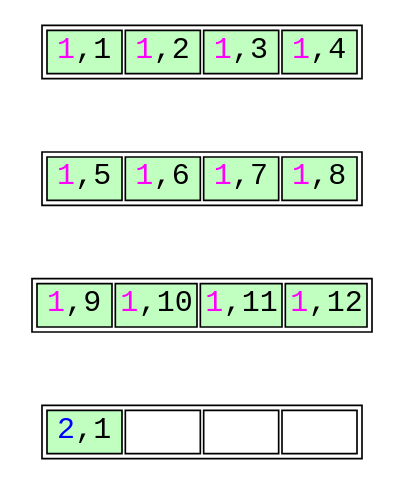
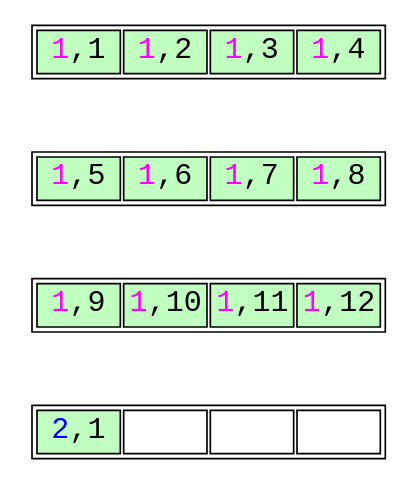
The diagram in optimized-leaf-page-split-3.dot (petergeoghegan/pg_query_internals), drawn with Graphviz before and after one commit. The commit also changed 6 other files, not shown here.

```diff
--- a/optimized-leaf-page-split-3.dot
+++ b/optimized-leaf-page-split-3.dot
@@ -1,64 +1,64 @@
 // Example B-Tree graph
 //
 // Breadth-first order
 //
 // Start from root, go left to right
 //
 // Workflow:
 //
 // $ dot -T svg btree.dot -o btree.svg;
 
 digraph nbtree {
 graph [fontname = "monospace"];
 node [shape = none,height=.1,fontname = "monospace",fontsize=18];
 // Level 0 (leaf level)
-leafnode_2[ label=<<table width="180">
+leafnode_2[ label=<<table width="200">
                     <tr>
-                        <td bgcolor='darkseagreen1' port="t2" width="45"><font color="magenta">1</font>,1</td>
-                        <td bgcolor='darkseagreen1' port="t3" width="45"><font color="magenta">1</font>,2</td>
-                        <td bgcolor='darkseagreen1' port="t4" width="45"><font color="magenta">1</font>,3</td>
-                        <td bgcolor='darkseagreen1' port="t4" width="45"><font color="magenta">1</font>,4</td>
+                        <td bgcolor='darkseagreen1' port="t2" width="50"><font color="magenta">1</font>,1</td>
+                        <td bgcolor='darkseagreen1' port="t3" width="50"><font color="magenta">1</font>,2</td>
+                        <td bgcolor='darkseagreen1' port="t4" width="50"><font color="magenta">1</font>,3</td>
+                        <td bgcolor='darkseagreen1' port="t4" width="50"><font color="magenta">1</font>,4</td>
                     </tr>
                 </table>
                >
         ];
 edge[style=invis];
 "leafnode_2" -> "leafnode_3"
-leafnode_3[ label=<<table width="180">
+leafnode_3[ label=<<table width="200">
                     <tr>
-                        <td bgcolor='darkseagreen1' port="t4" width="45"><font color="magenta">1</font>,5</td>
-                        <td bgcolor='darkseagreen1' port="t4" width="45"><font color="magenta">1</font>,6</td>
-                        <td bgcolor='darkseagreen1' port="t4" width="45"><font color="magenta">1</font>,7</td>
-                        <td bgcolor='darkseagreen1' port="t4" width="45"><font color="magenta">1</font>,8</td>
+                        <td bgcolor='darkseagreen1' port="t4" width="50"><font color="magenta">1</font>,5</td>
+                        <td bgcolor='darkseagreen1' port="t4" width="50"><font color="magenta">1</font>,6</td>
+                        <td bgcolor='darkseagreen1' port="t4" width="50"><font color="magenta">1</font>,7</td>
+                        <td bgcolor='darkseagreen1' port="t4" width="50"><font color="magenta">1</font>,8</td>
                     </tr>
                 </table>
                >
         ];
 edge[style=invis];
 "leafnode_3" -> "leafnode_4"
-leafnode_4[ label=<<table width="180">
+leafnode_4[ label=<<table width="200">
                     <tr>
-                        <td bgcolor='darkseagreen1' port="t4" width="45"><font color="magenta">1</font>,9</td>
-                        <td bgcolor='darkseagreen1' port="t4" width="45"><font color="magenta">1</font>,10</td>
-                        <td bgcolor='darkseagreen1' port="t4" width="45"><font color="magenta">1</font>,11</td>
-                        <td bgcolor='darkseagreen1' port="t4" width="45"><font color="magenta">1</font>,12</td>
+                        <td bgcolor='darkseagreen1' port="t4" width="50"><font color="magenta">1</font>,9</td>
+                        <td bgcolor='darkseagreen1' port="t4" width="50"><font color="magenta">1</font>,10</td>
+                        <td bgcolor='darkseagreen1' port="t4" width="50"><font color="magenta">1</font>,11</td>
+                        <td bgcolor='darkseagreen1' port="t4" width="50"><font color="magenta">1</font>,12</td>
                     </tr>
                 </table>
                >
         ];
 edge[style=invis];
 "leafnode_4" -> "leafnode_5"
-leafnode_5[ label=<<table width="180">
+leafnode_5[ label=<<table width="200">
                     <tr>
-                        <td bgcolor='darkseagreen1' port="t4" width="45"><font color="blue">2</font>,1</td>
-                        <td bgcolor='white' port="t3" width="45"></td>
-                        <td bgcolor='white' port="t3" width="45"></td>
-                        <td bgcolor='white' port="t3" width="45"></td>
+                        <td bgcolor='darkseagreen1' port="t4" width="50"><font color="blue">2</font>,1</td>
+                        <td bgcolor='white' port="t3" width="50"></td>
+                        <td bgcolor='white' port="t3" width="50"></td>
+                        <td bgcolor='white' port="t3" width="50"></td>
                     </tr>
                 </table>
                >
         ];
 //Force alignment from root to internal to leaf levels:
 //edge[style=invis];
 //"rootnode":d1 -> "leafnode_2":t2
 }
```
